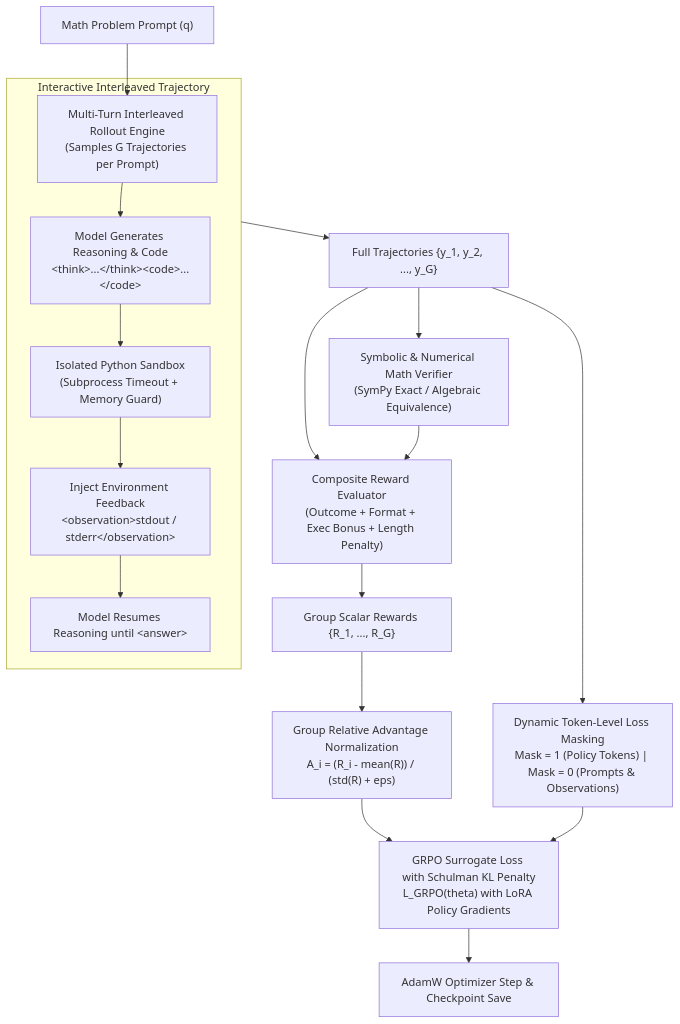
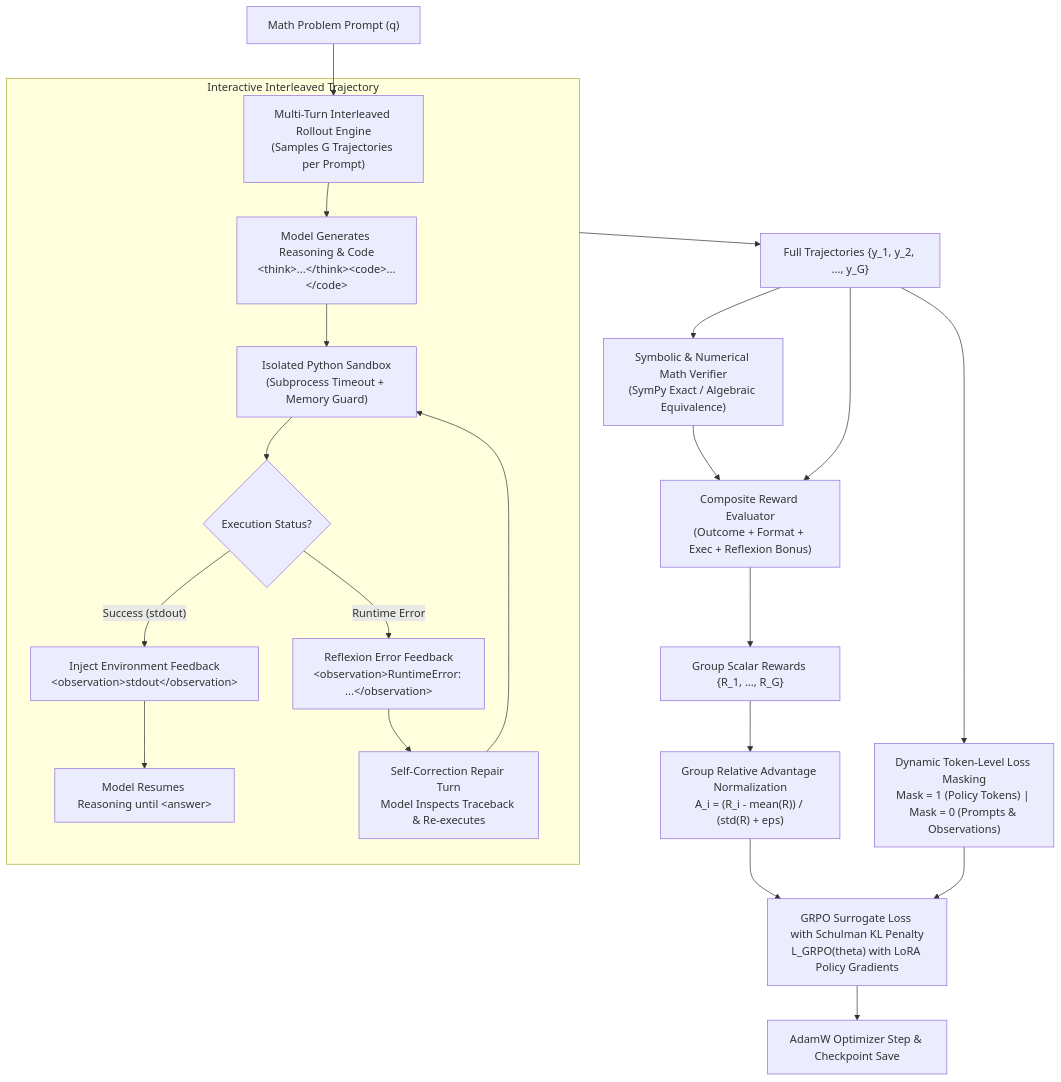
Before and after one commit to arman1o1/tool-grpo: the diagram in README.md, drawn with Mermaid. The commit also changed other lines of this file and 5 other files, not shown here.

Commit message:
fix(docs): escape LaTeX math relational operators and add Reflexion self-correction studio

````diff
--- a/README.md
+++ b/README.md
@@ -17,28 +23,32 @@
 ```mermaid
 flowchart TD
     Prompt["Math Problem Prompt (q)"] --> Rollout["Multi-Turn Interleaved Rollout Engine<br/>(Samples G Trajectories per Prompt)"]
     
     subgraph MultiTurnLoop ["Interactive Interleaved Trajectory"]
         Rollout --> GenTurn["Model Generates Reasoning & Code<br/>&lt;think&gt;...&lt;/think&gt;&lt;code&gt;...&lt;/code&gt;"]
         GenTurn --> Sandbox["Isolated Python Sandbox<br/>(Subprocess Timeout + Memory Guard)"]
-        Sandbox --> Obs["Inject Environment Feedback<br/>&lt;observation&gt;stdout / stderr&lt;/observation&gt;"]
+        Sandbox --> CheckExec{"Execution Status?"}
+        CheckExec -- "Success (stdout)" --> Obs["Inject Environment Feedback<br/>&lt;observation&gt;stdout&lt;/observation&gt;"]
+        CheckExec -- "Runtime Error" --> Reflexion["Reflexion Error Feedback<br/>&lt;observation&gt;RuntimeError: ...&lt;/observation&gt;"]
+        Reflexion --> RepairTurn["Self-Correction Repair Turn<br/>Model Inspects Traceback &amp; Re-executes"]
+        RepairTurn --> Sandbox
         Obs --> NextTurn["Model Resumes Reasoning until &lt;answer&gt;"]
     end
     
     MultiTurnLoop --> CompletedTraj["Full Trajectories {y_1, y_2, ..., y_G}"]
     
     CompletedTraj --> Verifier["Symbolic & Numerical Math Verifier<br/>(SymPy Exact / Algebraic Equivalence)"]
-    CompletedTraj --> RewardEngine["Composite Reward Evaluator<br/>(Outcome + Format + Exec Bonus + Length Penalty)"]
+    CompletedTraj --> RewardEngine["Composite Reward Evaluator<br/>(Outcome + Format + Exec + Reflexion Bonus)"]
     
     Verifier --> RewardEngine
     RewardEngine --> GroupRewards["Group Scalar Rewards {R_1, ..., R_G}"]
     
     GroupRewards --> Advantage["Group Relative Advantage Normalization<br/>A_i = (R_i - mean(R)) / (std(R) + eps)"]
     
     CompletedTraj --> LossMasking["Dynamic Token-Level Loss Masking<br/>Mask = 1 (Policy Tokens) | Mask = 0 (Prompts &amp; Observations)"]
     
     Advantage --> GRPOLoss["GRPO Surrogate Loss with Schulman KL Penalty<br/>L_GRPO(theta) with LoRA Policy Gradients"]
     LossMasking --> GRPOLoss
     
     GRPOLoss --> OptimizerStep["AdamW Optimizer Step &amp; Checkpoint Save"]
 ```
````
